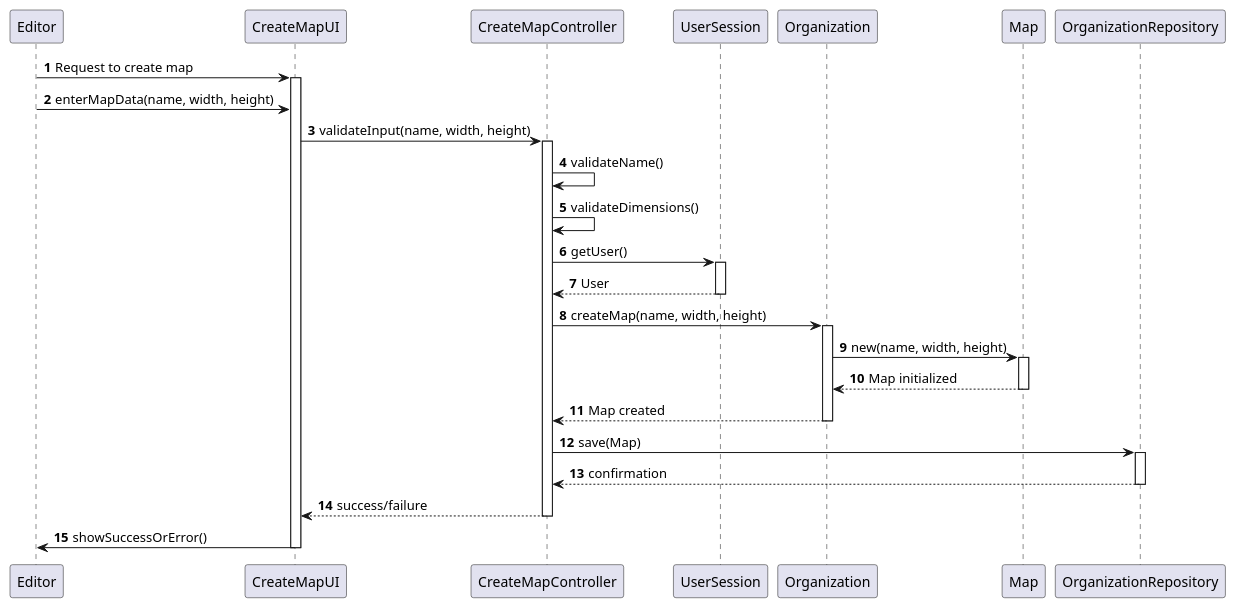
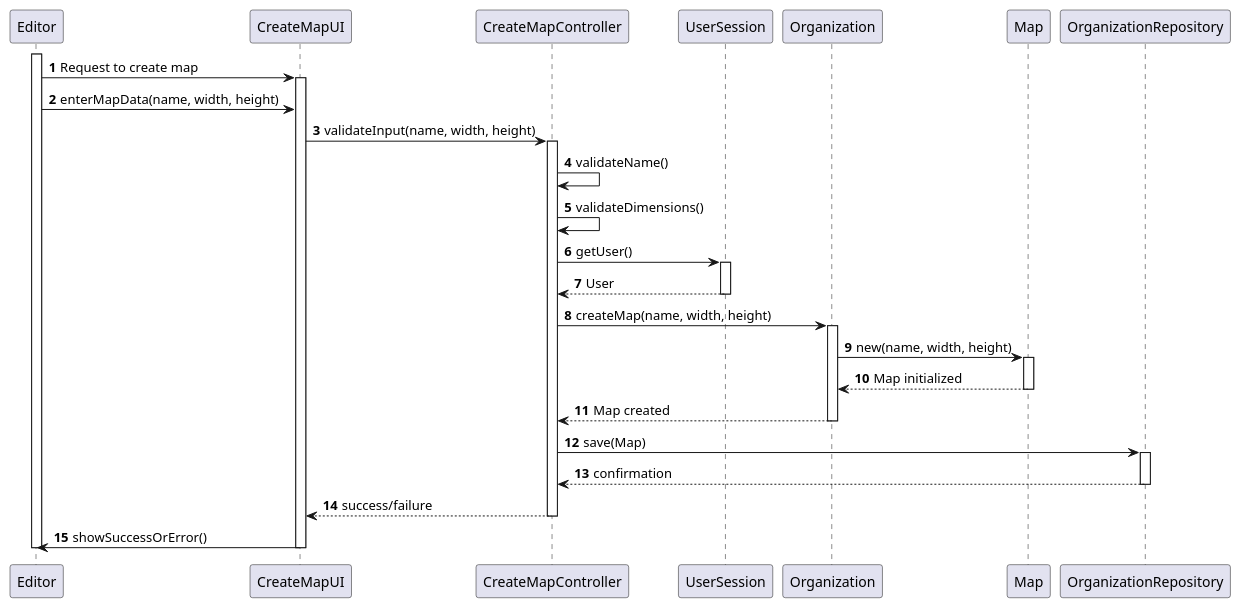
One commit to Andremonteiro1240850/railway_simulator changed the diagram in Sprint2/US01/03.design.us01/puml/US01-SD-full.puml. Above: the diagram before and after it, drawn with PlantUML. The commit also changed 6 other files, not shown here.

Commit message:
Diagrams Updated

```diff
--- a/Sprint2/US01/03.design.us01/puml/US01-SD-full.puml
+++ b/Sprint2/US01/03.design.us01/puml/US01-SD-full.puml
@@ -1,57 +1,59 @@
 @startuml
 'https://plantuml.com/sequence-diagram
 'skinparam monochrome true
 skinparam packageStyle rectangle
 skinparam shadowing false
 
 autonumber
 
 'hide footbox
 
 ' Editor inicia o caso de uso
+activate Editor
 Editor -> CreateMapUI : Request to create map
 activate CreateMapUI
 
 ' Editor insere os dados do mapa (nome e dimensões)
 Editor -> CreateMapUI : enterMapData(name, width, height)
 
 ' UI envia os dados ao controller para validação
 CreateMapUI -> CreateMapController : validateInput(name, width, height)
 activate CreateMapController
 
 
 ' Controller executa validações locais
 CreateMapController -> CreateMapController : validateName()
 CreateMapController -> CreateMapController : validateDimensions()
 
 ' Controller obtém o utilizador autenticado
 CreateMapController -> UserSession : getUser()
 activate UserSession
 UserSession --> CreateMapController : User
 deactivate UserSession
 
 ' Organização cria o mapa
 CreateMapController -> Organization : createMap(name, width, height)
 activate Organization
 Organization -> Map : new(name, width, height)
 activate Map
 Map --> Organization : Map initialized
 deactivate Map
 Organization --> CreateMapController : Map created
 deactivate Organization
 
 ' Controller persiste o mapa
 CreateMapController -> OrganizationRepository : save(Map)
 activate OrganizationRepository
 OrganizationRepository --> CreateMapController : confirmation
 deactivate OrganizationRepository
 
 ' Controller devolve o resultado à UI
 CreateMapController --> CreateMapUI : success/failure
 deactivate CreateMapController
 
 ' UI mostra mensagem ao Editor
 CreateMapUI -> Editor : showSuccessOrError()
 deactivate CreateMapUI
+deactivate Editor
 
 @enduml
```
